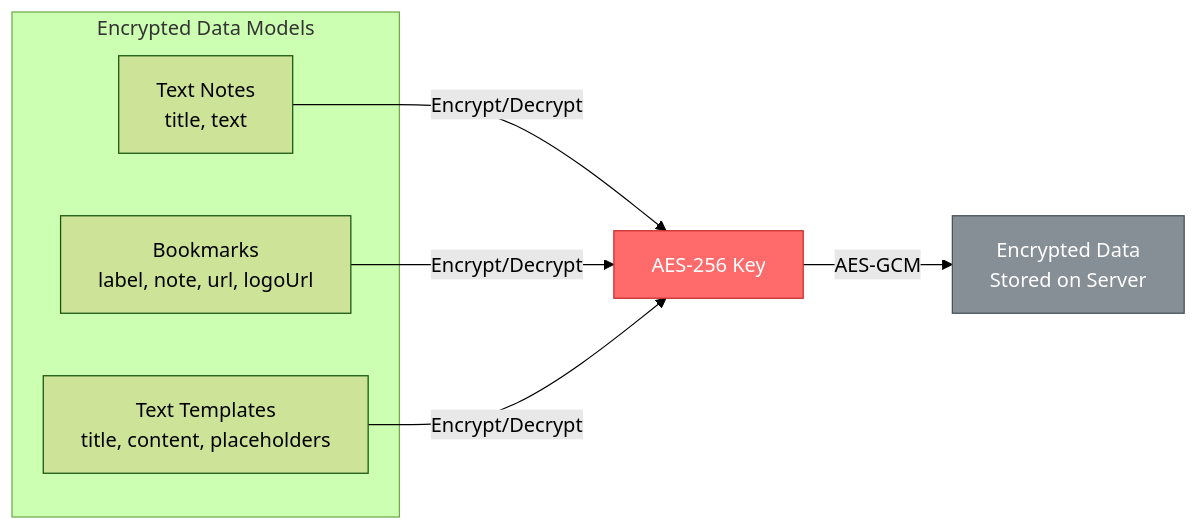
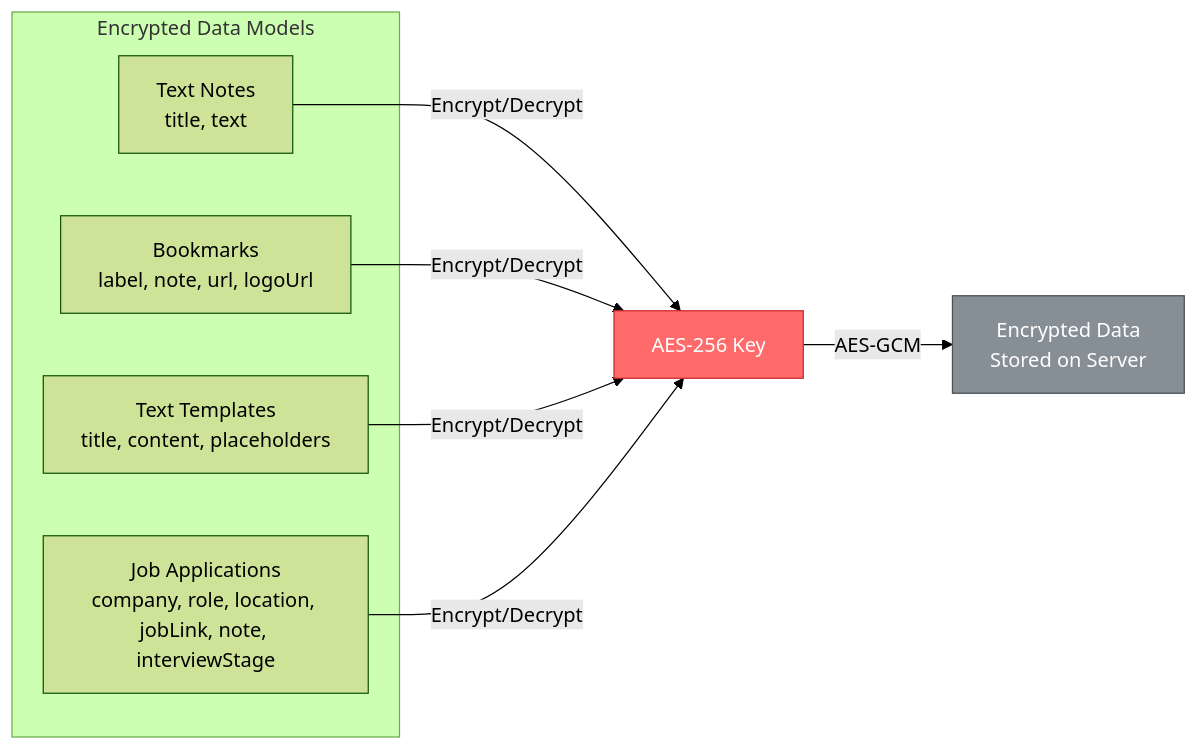
One commit to PranayD1807/Mellow-Tools changed the second of 7 diagrams in E2E_ENCRYPTION.md. Above: the diagram before and after it, drawn with Mermaid (forest theme). The commit also changed other lines of this file, not shown here.

````diff
--- a/E2E_ENCRYPTION.md
+++ b/E2E_ENCRYPTION.md
@@ -79,19 +79,21 @@
 ```mermaid
 graph LR
     subgraph "Encrypted Data Models"
         Note[Text Notes<br/>title, text]
         Bookmark[Bookmarks<br/>label, note, url, logoUrl]
         Template[Text Templates<br/>title, content, placeholders]
+        Job[Job Applications<br/>company, role, location, jobLink, note, interviewStage]
     end
     
     AESKey[AES-256 Key]
     
     Note -->|Encrypt/Decrypt| AESKey
     Bookmark -->|Encrypt/Decrypt| AESKey
     Template -->|Encrypt/Decrypt| AESKey
+    Job -->|Encrypt/Decrypt| AESKey
     
     AESKey -->|AES-GCM| EncData[Encrypted Data<br/>Stored on Server]
     
     style AESKey fill:#ff6b6b,stroke:#c92a2a,color:#fff
     style EncData fill:#868e96,stroke:#495057,color:#fff
 ```
````
